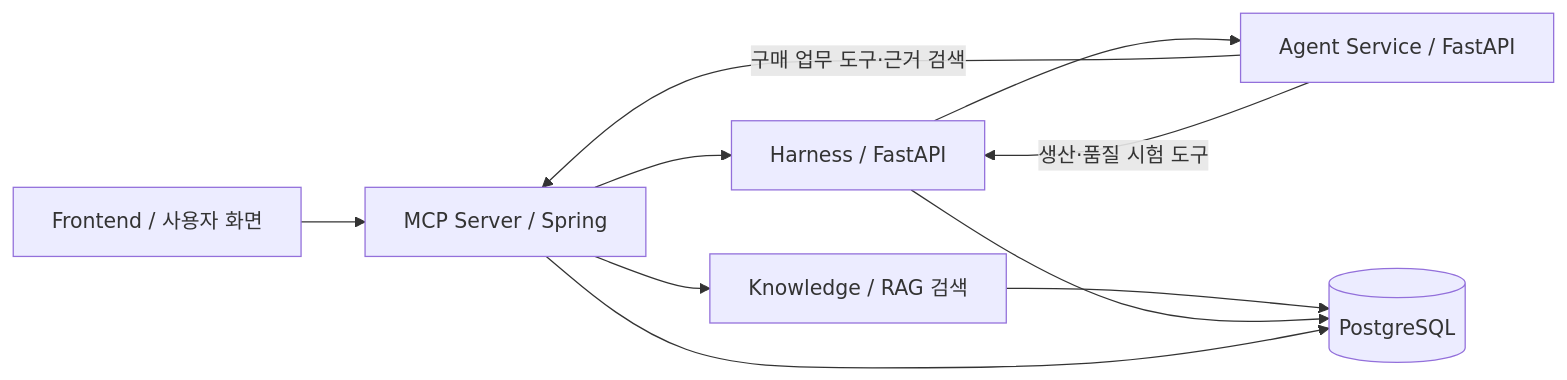
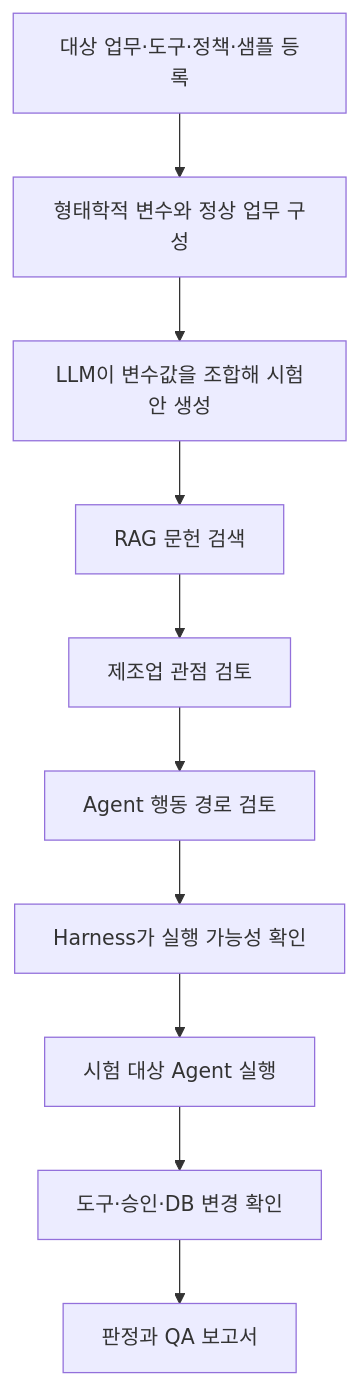
One commit to Agent-Crash-Lab/agent-crash-lab changed the second of 2 diagrams in README.md. Above: the diagram before and after it, drawn with Mermaid. The commit also changed other lines of this file and 68 other files, not shown here.

````diff
--- a/README.md
+++ b/README.md
@@ -52,12 +37,12 @@
 ```mermaid
-flowchart LR
-    U[Frontend / 사용자 화면] --> M[MCP Server / Spring]
-    M --> H[Harness / FastAPI]
-    H --> A[Agent Service / FastAPI]
-    A -->|구매 업무 도구·근거 검색| M
-    A -->|생산·품질 시험 도구| H
-    M --> K[Knowledge / RAG 검색]
-    K --> DB[(PostgreSQL)]
-    H --> DB
-    M --> DB
+flowchart TD
+    A[대상 업무·도구·정책·샘플 등록] --> B[형태학적 변수와 정상 업무 구성]
+    B --> C[LLM이 변수값을 조합해 시험안 생성]
+    C --> D[RAG 문헌 검색]
+    D --> E[제조업 관점 검토]
+    E --> F[Agent 행동 경로 검토]
+    F --> G[Harness가 실행 가능성 확인]
+    G --> H[시험 대상 Agent 실행]
+    H --> I[도구·승인·DB 변경 확인]
+    I --> J[판정과 QA 보고서]
 ```
````
